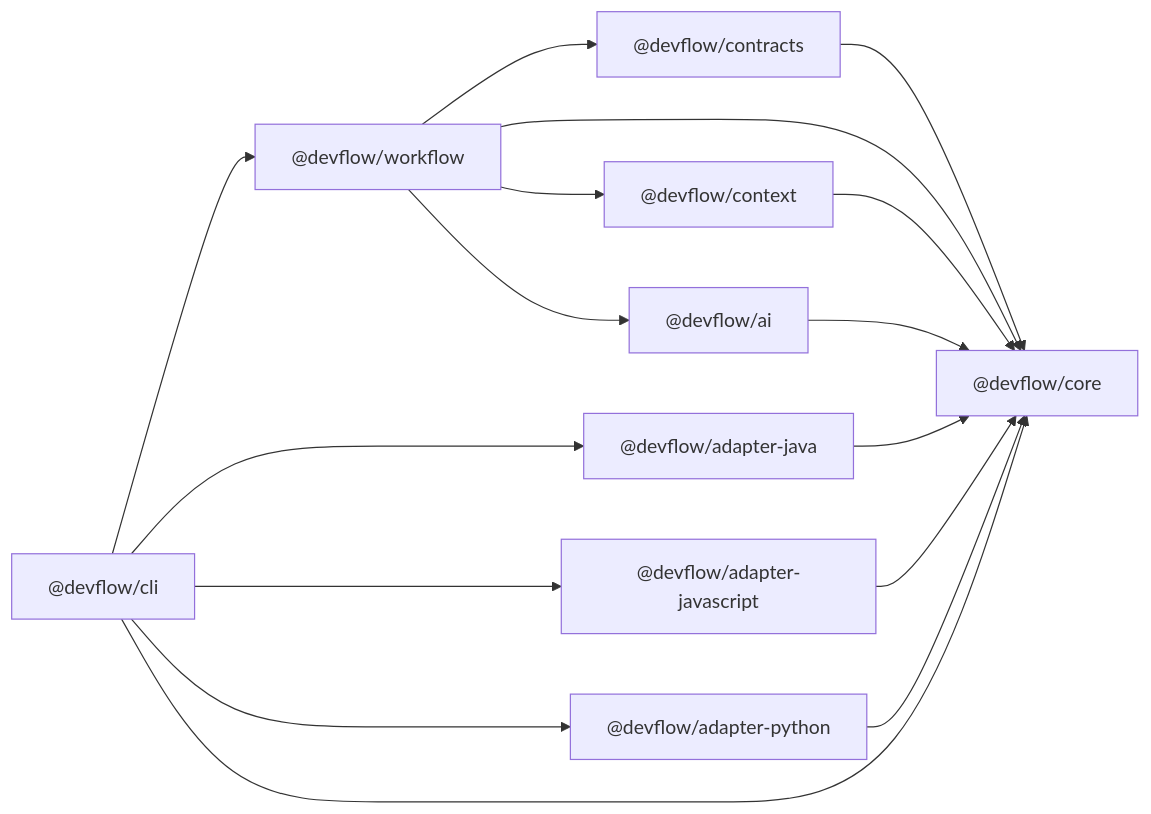
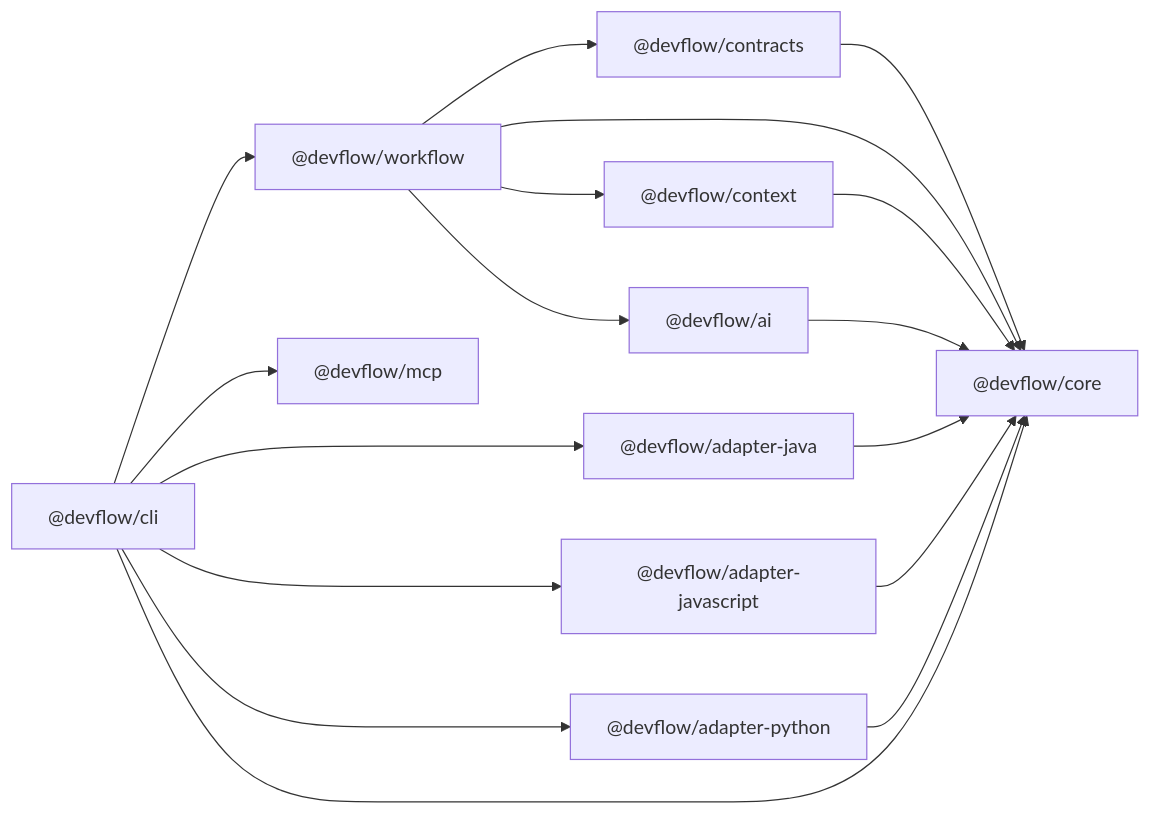
The diagram in docs/architecture/overview.md (mohamedyangui/DevFlow), drawn with Mermaid before and after one commit. The commit also changed other lines of this file and 28 other files, not shown here.

First line of the commit message:
Add DevFlow as MCP tools: @devflow/mcp and devflow mcp

````diff
--- a/docs/architecture/overview.md
+++ b/docs/architecture/overview.md
@@ -37,18 +37,19 @@
 ```mermaid
 flowchart LR
   cli["@devflow/cli"] --> workflow["@devflow/workflow"]
   cli --> java["@devflow/adapter-java"]
   cli --> js["@devflow/adapter-javascript"]
   cli --> py["@devflow/adapter-python"]
   workflow --> context["@devflow/context"]
   workflow --> ai["@devflow/ai"]
   workflow --> contracts["@devflow/contracts"]
   contracts --> core
   workflow --> core["@devflow/core"]
   context --> core
   ai --> core
   java --> core
   js --> core
   py --> core
   cli --> core
+  cli --> mcp["@devflow/mcp"]
 ```
````
